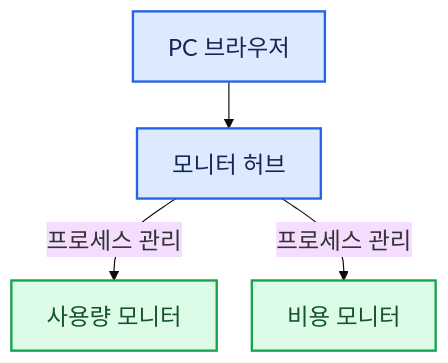
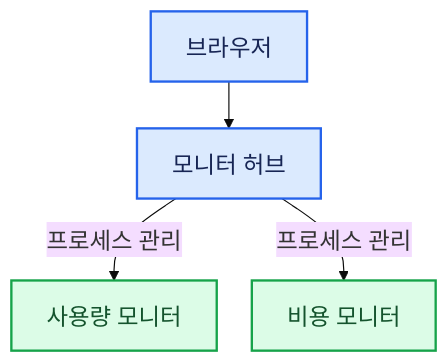
Before and after one commit to pcmola/ai-monitor: the first of 4 diagrams in README.md, drawn with Mermaid. The commit also changed other lines of this file, not shown here.

````diff
--- a/README.md
+++ b/README.md
@@ -150,12 +150,12 @@
 ```mermaid
 %%{init: {"theme": "base", "themeVariables": {"fontSize": "20px"}, "flowchart": {"nodeSpacing": 30, "rankSpacing": 40}}}%%
 flowchart TD
-    Browser["PC 브라우저"] --> Hub["모니터 허브"]
+    Browser["브라우저"] --> Hub["모니터 허브"]
     Hub -->|프로세스 관리| Usage["사용량 모니터"]
     Hub -->|프로세스 관리| Cost["비용 모니터"]
 
     classDef entry fill:#dbeafe,stroke:#2563eb,color:#172554,stroke-width:2px
     classDef monitor fill:#dcfce7,stroke:#16a34a,color:#14532d,stroke-width:2px
     class Browser,Hub entry
     class Usage,Cost monitor
 ```
````
